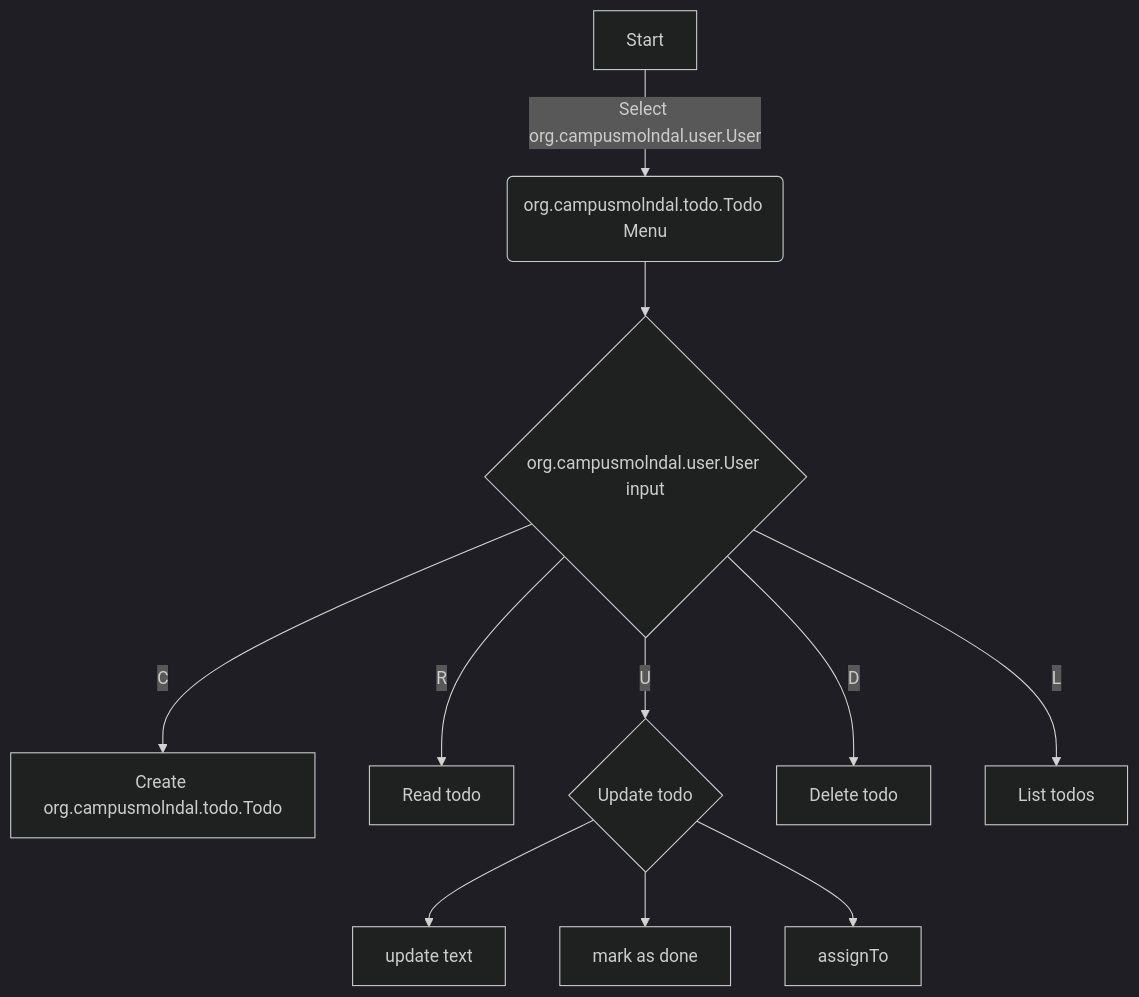
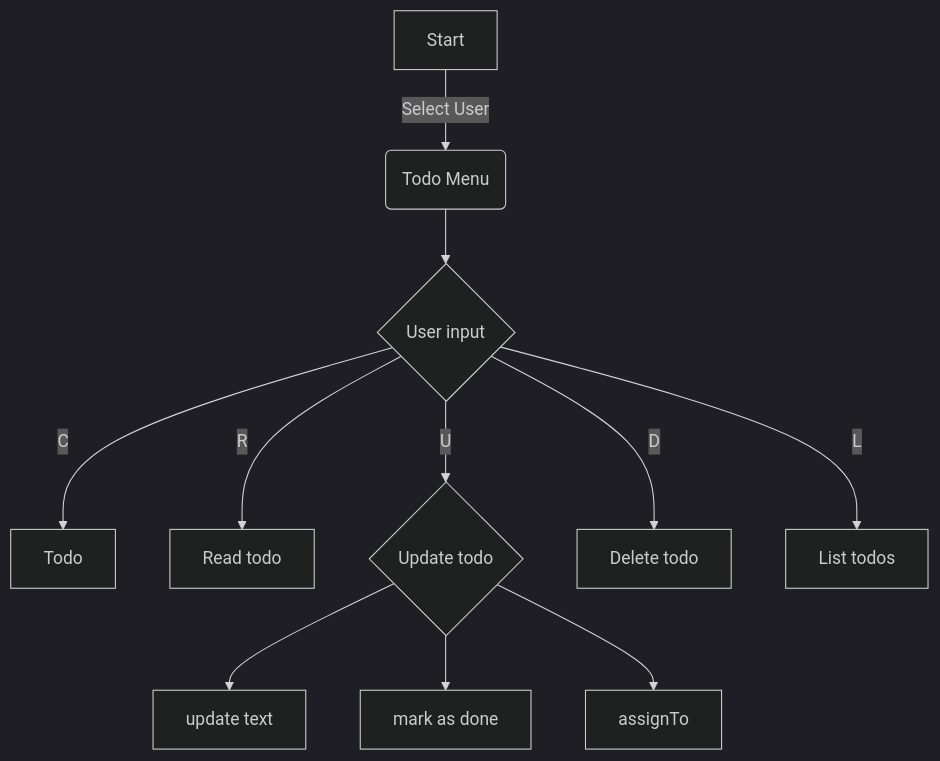
The first of 2 diagrams in UserFlow.md (Campus-Molndal-JIN23/todolist-Bremmster), drawn with Mermaid (dark theme) before and after one commit. The commit also changed 1 other file, not shown here.

Commit message:
removed stuf autoadded when created packages

````diff
--- a/UserFlow.md
+++ b/UserFlow.md
@@ -1,13 +1,13 @@
 ``` mermaid
 flowchart TD
-    A[Start] -->|Select org.campusmolndal.user.User| B(org.campusmolndal.todo.Todo Menu)
-    B -->C{org.campusmolndal.user.User input}
-    C -->|C| D[Create org.campusmolndal.todo.Todo]
+    A[Start] -->|Select User| B(Todo Menu)
+    B -->C{User input}
+    C -->|C| D[Todo]
     C -->|R| E[Read todo]
     C -->|U| F{Update todo}
     F --> F1[update text]
     F --> F2[mark as done]
     F --> F3[assignTo]
     C --> |D|G[Delete todo]
     C --> |L|H[List todos]
 ```
````
